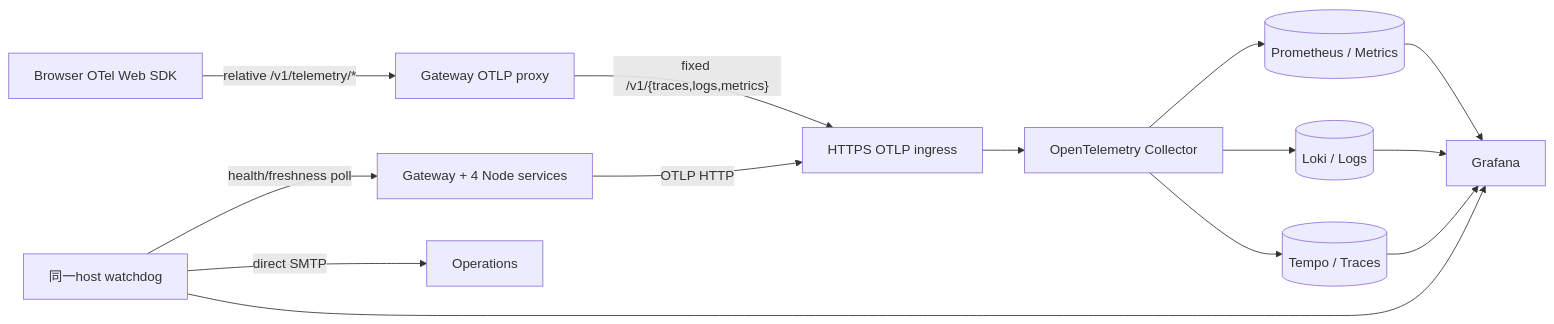
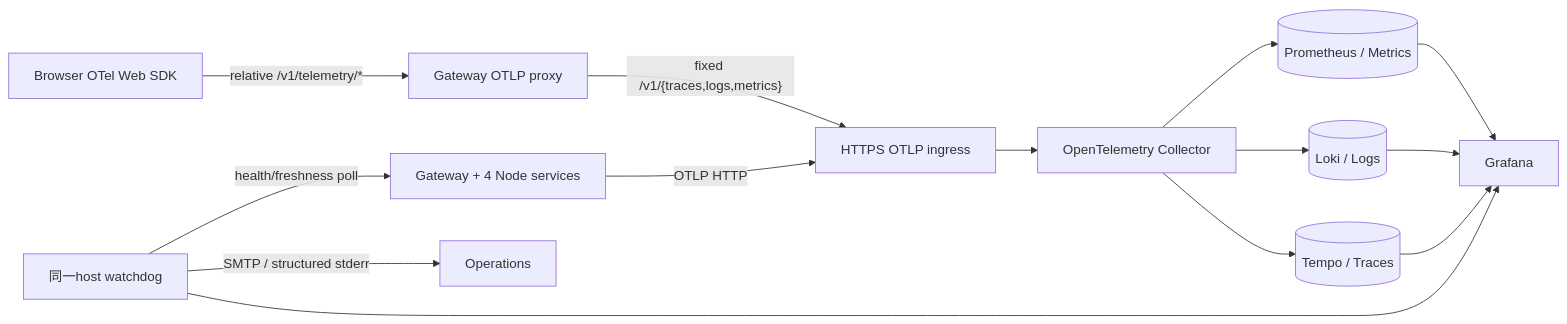
Before and after one commit to r4ai/news-podcast: the second of 6 diagrams in docs/design.md, drawn with Mermaid. The commit also changed other lines of this file and 135 other files, not shown here.

````diff
--- a/docs/design.md
+++ b/docs/design.md
@@ -94,16 +94,16 @@
 ```mermaid
 flowchart LR
   Browser["Browser OTel Web SDK"] -->|"relative /v1/telemetry/*"| Gateway["Gateway OTLP proxy"]
   Gateway -->|"fixed /v1/{traces,logs,metrics}"| Ingress
   Node["Gateway + 4 Node services"] -->|"OTLP HTTP"| Ingress["HTTPS OTLP ingress"]
   Ingress --> Collector["OpenTelemetry Collector"]
   Collector --> Prometheus[("Prometheus / Metrics")]
   Collector --> Loki[("Loki / Logs")]
   Collector --> Tempo[("Tempo / Traces")]
   Prometheus --> Grafana["Grafana"]
   Loki --> Grafana
   Tempo --> Grafana
   Watchdog["同一host watchdog"] -->|"health/freshness poll"| Node
   Watchdog --> Grafana
-  Watchdog -->|"direct SMTP"| OnCall["Operations"]
+  Watchdog -->|"SMTP / structured stderr"| OnCall["Operations"]
 ```
````
